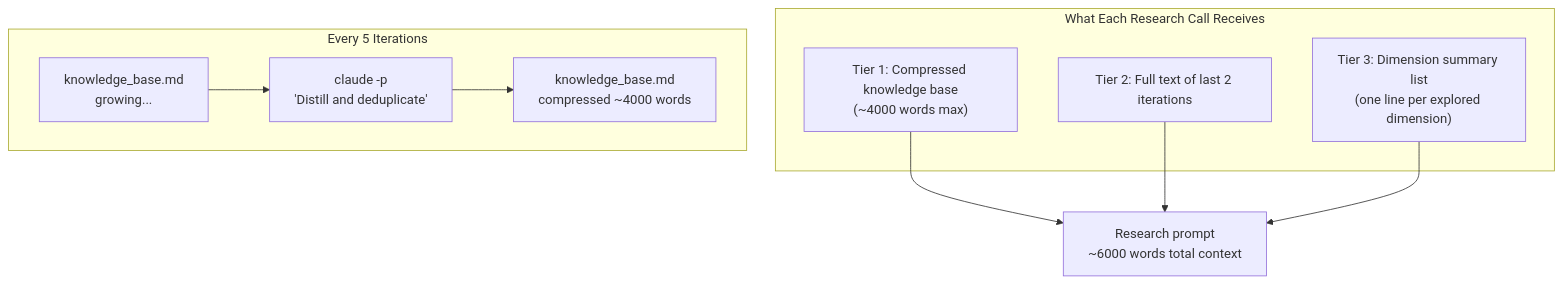
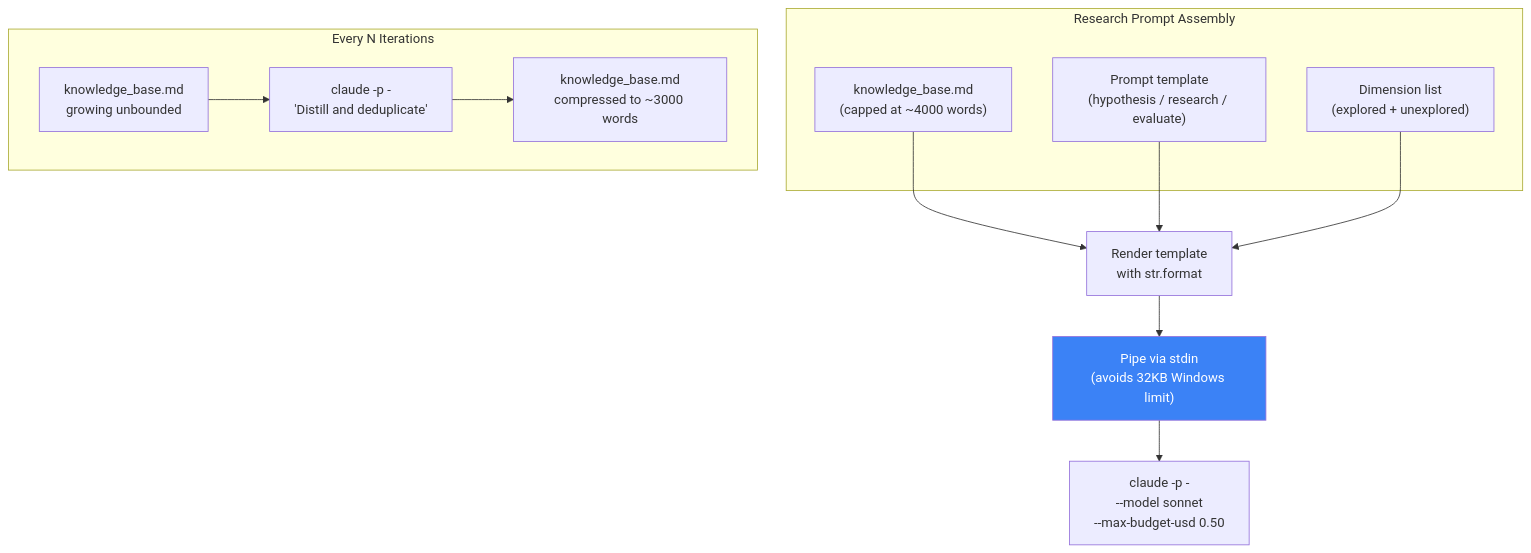
One commit to josefigueredo/auto-research changed the sixth of 8 diagrams in diagrams.md. Above: the diagram before and after it, drawn with Mermaid. The commit also changed other lines of this file and 2 other files, not shown here.

````diff
--- a/diagrams.md
+++ b/diagrams.md
@@ -108,15 +187,19 @@
 ```mermaid
 flowchart TD
-    subgraph CONTEXT ["What Each Research Call Receives"]
-        T1["Tier 1: Compressed knowledge base<br>(~4000 words max)"]
-        T2["Tier 2: Full text of last 2 iterations"]
-        T3["Tier 3: Dimension summary list<br>(one line per explored dimension)"]
+    subgraph PROMPT ["Research Prompt Assembly"]
+        T1["knowledge_base.md<br>(capped at ~4000 words)"]
+        T2["Prompt template<br>(hypothesis / research / evaluate)"]
+        T3["Dimension list<br>(explored + unexplored)"]
     end
 
-    subgraph COMPRESSION ["Every 5 Iterations"]
-        KB[knowledge_base.md<br>growing...] --> CALL[claude -p<br>'Distill and deduplicate']
-        CALL --> KBC[knowledge_base.md<br>compressed ~4000 words]
+    T1 & T2 & T3 --> RENDER[Render template<br>with str.format]
+    RENDER --> STDIN["Pipe via stdin<br>(avoids 32KB Windows limit)"]
+    STDIN --> CLAUDE["claude -p -<br>--model sonnet<br>--max-budget-usd 0.50"]
+
+    subgraph COMPRESSION ["Every N Iterations"]
+        KB[knowledge_base.md<br>growing unbounded] --> CALL["claude -p -<br>'Distill and deduplicate'"]
+        CALL --> KBC[knowledge_base.md<br>compressed to ~3000 words]
     end
 
-    T1 & T2 & T3 --> PROMPT[Research prompt<br>~6000 words total context]
+    style STDIN fill:#3b82f6,color:#fff
 ```
````
